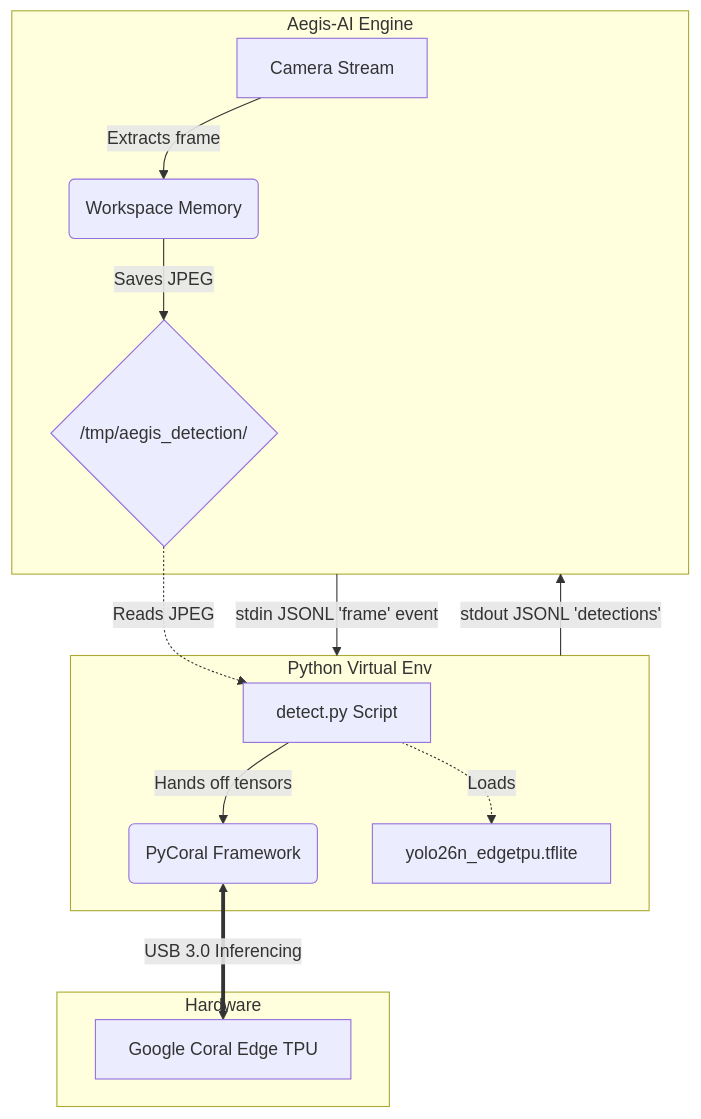
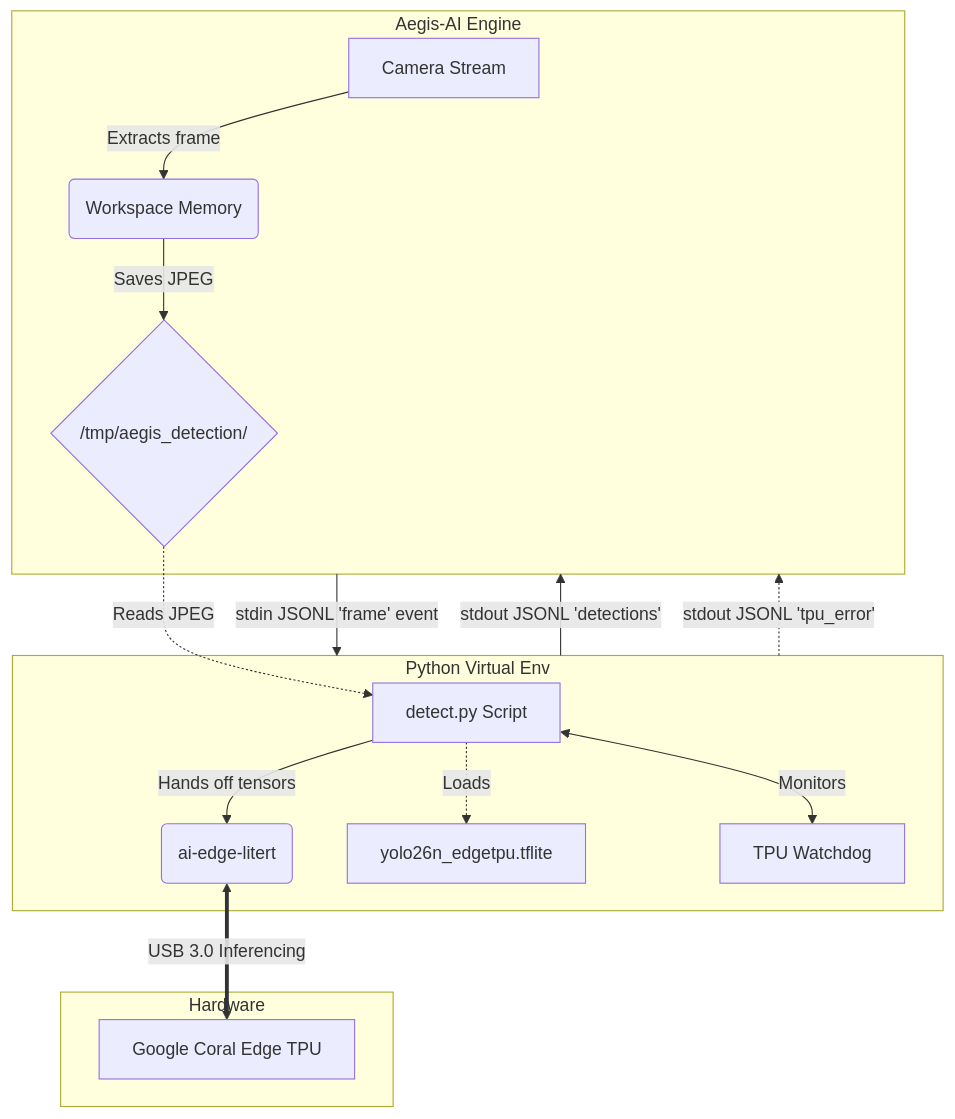
The diagram in skills/detection/yolo-detection-2026-coral-tpu/README.md (deco31416/DeepCamera), drawn with Mermaid before and after one commit. The commit also changed other lines of this file, not shown here.

First line of the commit message:
docs(coral-tpu): update README with ai-edge-litert, dynamic models, and watchdog

````diff
--- a/skills/detection/yolo-detection-2026-coral-tpu/README.md
+++ b/skills/detection/yolo-detection-2026-coral-tpu/README.md
@@ -9,26 +9,29 @@
 ```mermaid
 flowchart TD
     %% Define components
     subgraph Aegis[Aegis-AI Engine]
         A[Camera Stream] -->|Extracts frame| B(Workspace Memory)
         B -->|Saves JPEG| C{/tmp/aegis_detection/}
     end
 
     subgraph Native_Process[Python Virtual Env]
         D[detect.py Script]
-        E(PyCoral Framework)
+        E(ai-edge-litert)
         F[yolo26n_edgetpu.tflite]
+        W[TPU Watchdog]
     end
     
     subgraph Hardware
         G[Google Coral Edge TPU]
     end
 
     %% Define communication lines
     Aegis -->|stdin JSONL 'frame' event| Native_Process
     D -.->|Loads| F
     C -.->|Reads JPEG| D
+    D <-->|Monitors| W
     D -->|Hands off tensors| E
     E <==>|USB 3.0 Inferencing| G
     Native_Process -->|stdout JSONL 'detections'| Aegis
+    Native_Process -.->|stdout JSONL 'tpu_error'| Aegis
 ```
````
